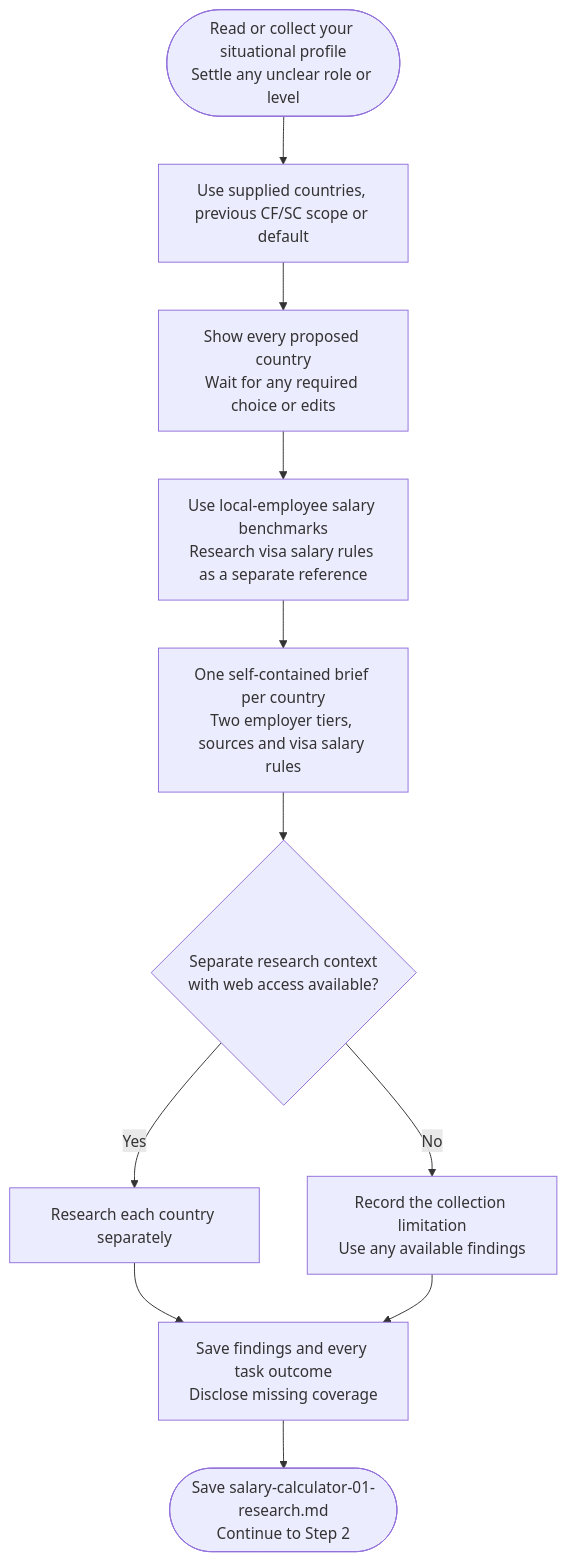
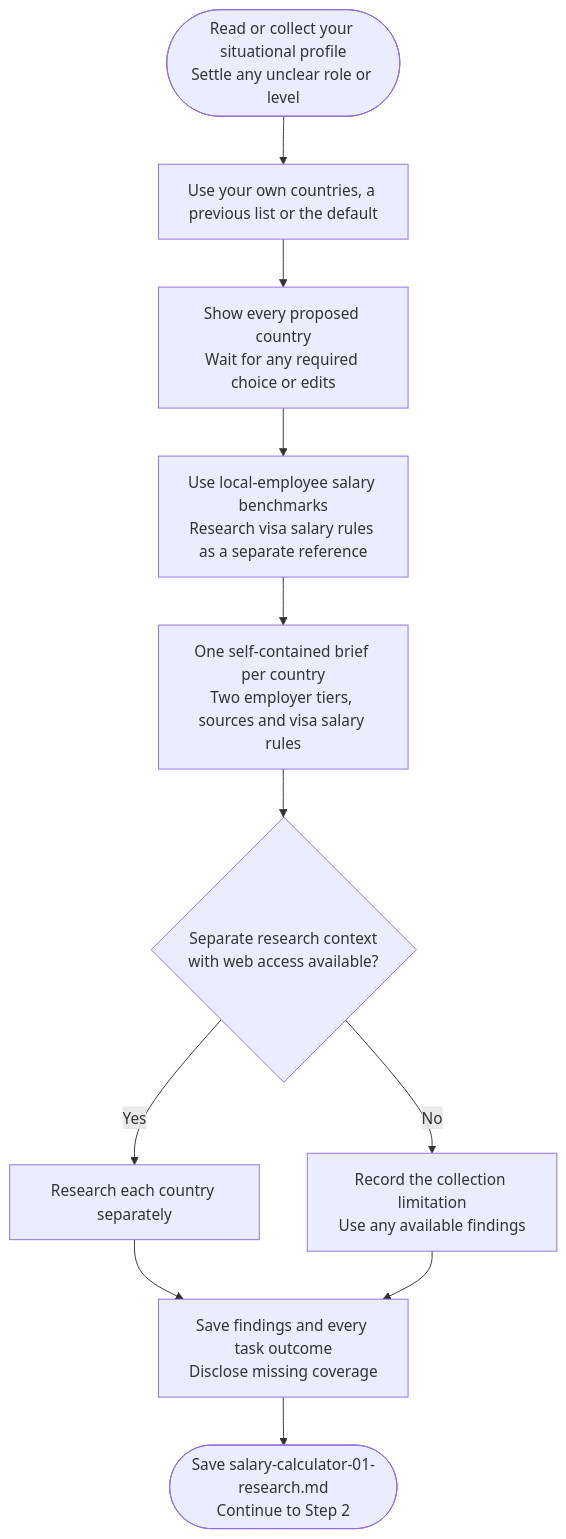
One commit to myowinthein/agent-compass changed the diagram in docs/commands/salary-calculator/step1-research-prompt-generator/detailed.md. Above: the diagram before and after it, drawn with Mermaid. The commit also changed other lines of this file and 10 other files, not shown here.

````diff
--- a/docs/commands/salary-calculator/step1-research-prompt-generator/detailed.md
+++ b/docs/commands/salary-calculator/step1-research-prompt-generator/detailed.md
@@ -26,13 +26,13 @@
 ```mermaid
 flowchart TD
-  Start(["Read or collect your situational profile<br/>Settle any unclear role or level"]) --> Countries["Use supplied countries, previous CF/SC scope or default"]
+  Start(["Read or collect your situational profile<br/>Settle any unclear role or level"]) --> Countries["Use your own countries, a previous list or the default"]
   Countries --> Confirm["Show every proposed country<br/>Wait for any required choice or edits"]
   Confirm --> Scope["Use local-employee salary benchmarks<br/>Research visa salary rules as a separate reference"]
   Scope --> Brief["One self-contained brief per country<br/>Two employer tiers, sources and visa salary rules"]
   Brief --> Cap{"Separate research context<br/>with web access available?"}
   Cap -->|Yes| Tasks["Research each country separately"]
   Cap -->|No| Manual["Record the collection limitation<br/>Use any available findings"]
   Tasks --> Collect["Save findings and every task outcome<br/>Disclose missing coverage"]
   Manual --> Collect
   Collect --> Next(["Save salary-calculator-01-research.md<br/>Continue to Step 2"])
 ```
````
